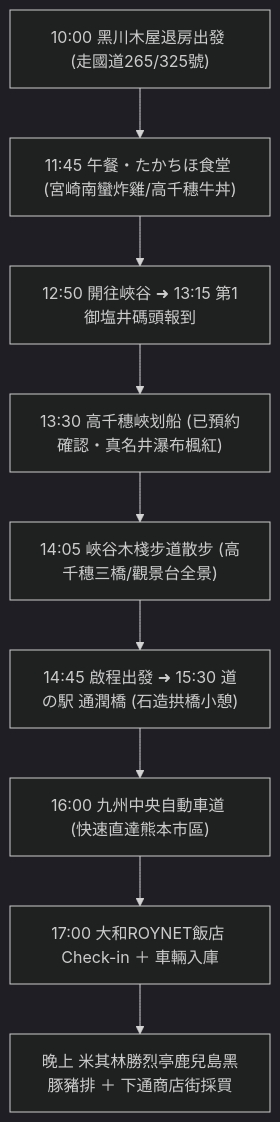
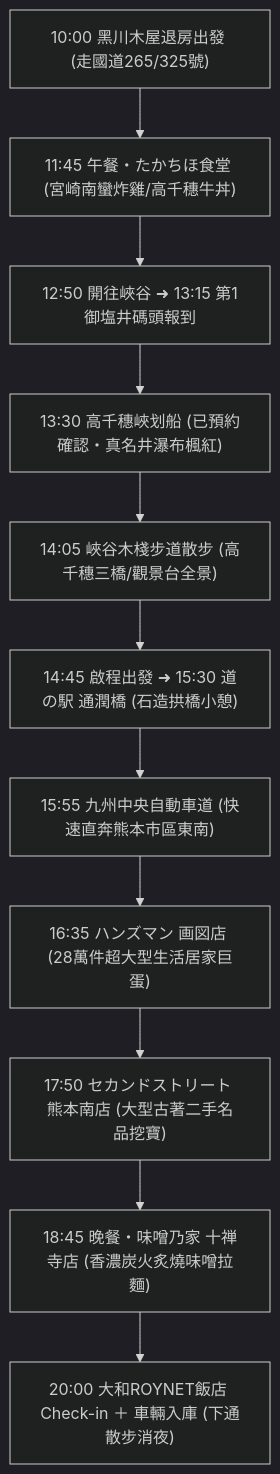
The diagram in 1117(二)_高千穗.md (Eric-Jamie-Family/2026-japan-trip), drawn with Mermaid (dark theme) before and after one commit. The commit also changed other lines of this file and 2 other files, not shown here.

````diff
--- a/1117(二)_高千穗.md
+++ b/1117(二)_高千穗.md
@@ -11,11 +11,13 @@
 ```mermaid
 flowchart TD
     A["10:00 黑川木屋退房出發 (走國道265/325號)"] --> B["11:45 午餐・たかちほ食堂 (宮崎南蠻炸雞/高千穗牛丼)"]
     B --> C["12:50 開往峽谷 ➜ 13:15 第1御塩井碼頭報到"]
     C --> D["13:30 高千穗峽划船 (已預約確認・真名井瀑布楓紅)"]
     D --> E["14:05 峽谷木棧步道散步 (高千穗三橋/觀景台全景)"]
     E --> F["14:45 啟程出發 ➜ 15:30 道の駅 通潤橋 (石造拱橋小憩)"]
-    F --> G["16:00 九州中央自動車道 (快速直達熊本市區)"]
-    G --> H["17:00 大和ROYNET飯店 Check-in ＋ 車輛入庫"]
-    H --> I["晚上 米其林勝烈亭鹿兒島黑豚豬排 ＋ 下通商店街採買"]
+    F --> G["15:55 九州中央自動車道 (快速直奔熊本市區東南)"]
+    G --> H["16:35 ハンズマン 画図店 (28萬件超大型生活居家巨蛋)"]
+    H --> I["17:50 セカンドストリート 熊本南店 (大型古著二手名品挖寶)"]
+    I --> J["18:45 晚餐・味噌乃家 十禅寺店 (香濃炭火炙燒味噌拉麵)"]
+    J --> K["20:00 大和ROYNET飯店 Check-in ＋ 車輛入庫 (下通散步消夜)"]
 ```
````
